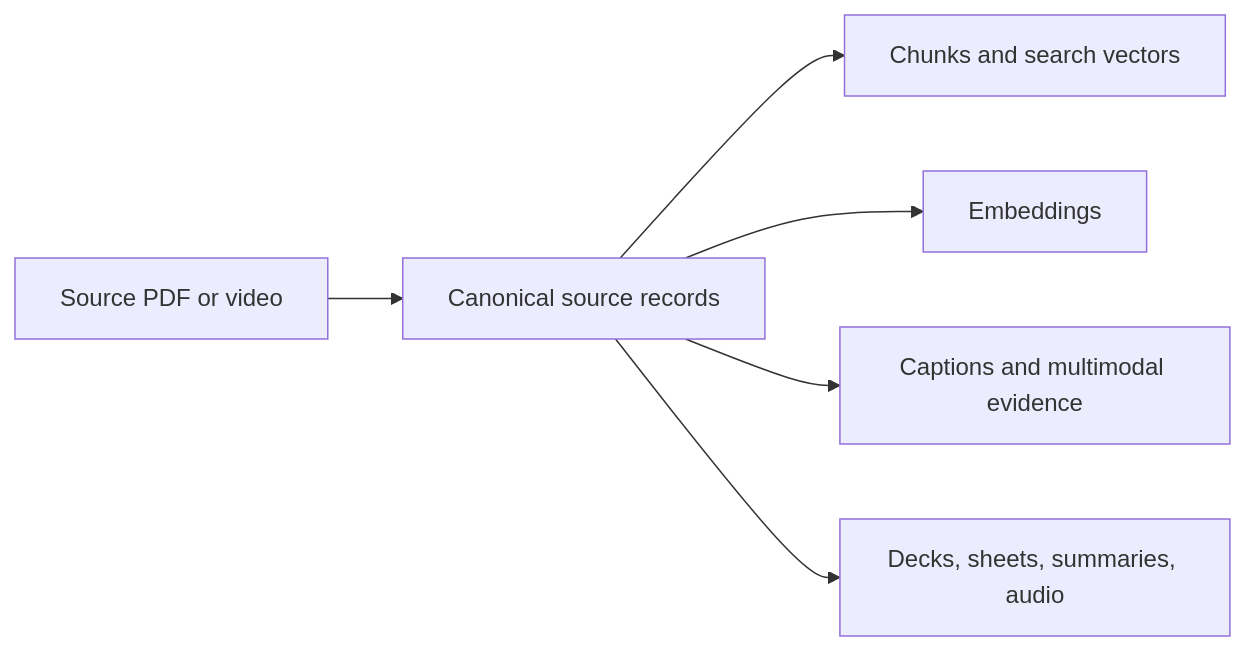
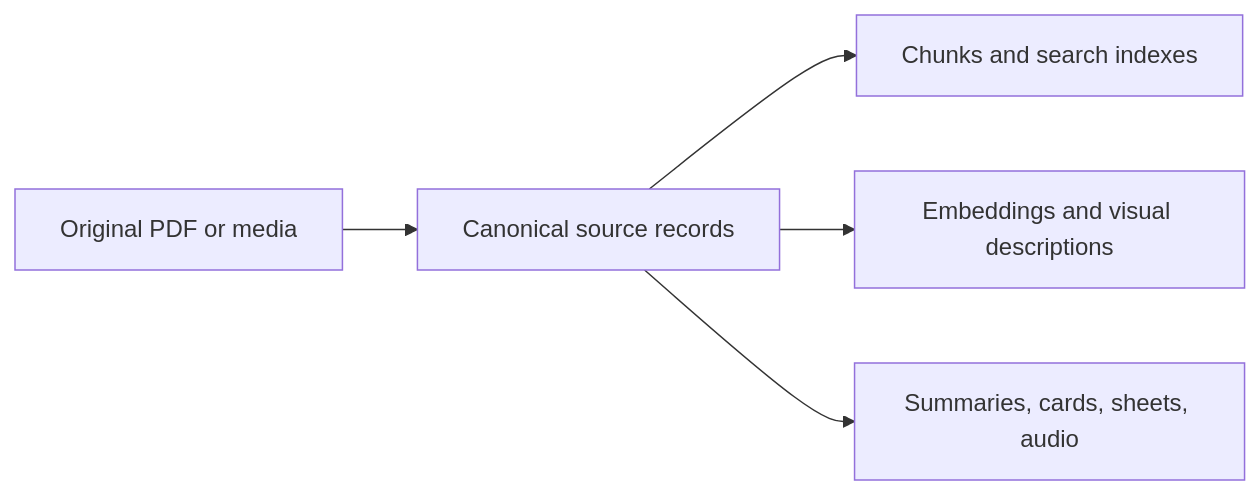
Before and after one commit to rabhishek100/agentic_study_partner: the second of 4 diagrams in docs/architecture.md, drawn with Mermaid. The commit also changed other lines of this file and 9 other files, not shown here.

Commit message:
Consolidate concise feature and architecture documentation

````diff
--- a/docs/architecture.md
+++ b/docs/architecture.md
@@ -61,8 +40,7 @@
 ```mermaid
 flowchart LR
-    S[Source PDF or video] --> C[Canonical source records]
-    C --> D1[Chunks and search vectors]
-    C --> D2[Embeddings]
-    C --> D3[Captions and multimodal evidence]
-    C --> D4[Decks, sheets, summaries, audio]
+    F[Original PDF or media] --> C[Canonical source records]
+    C --> I[Chunks and search indexes]
+    C --> E[Embeddings and visual descriptions]
+    C --> A[Summaries, cards, sheets, audio]
 ```
````
